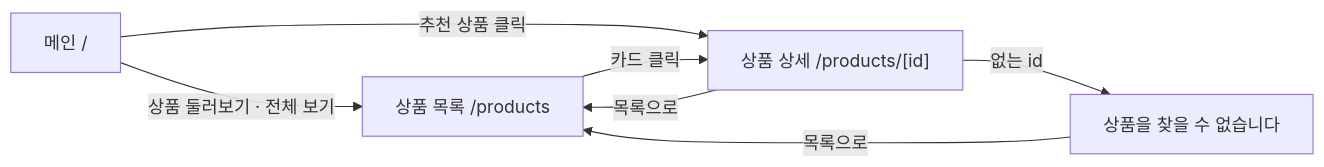
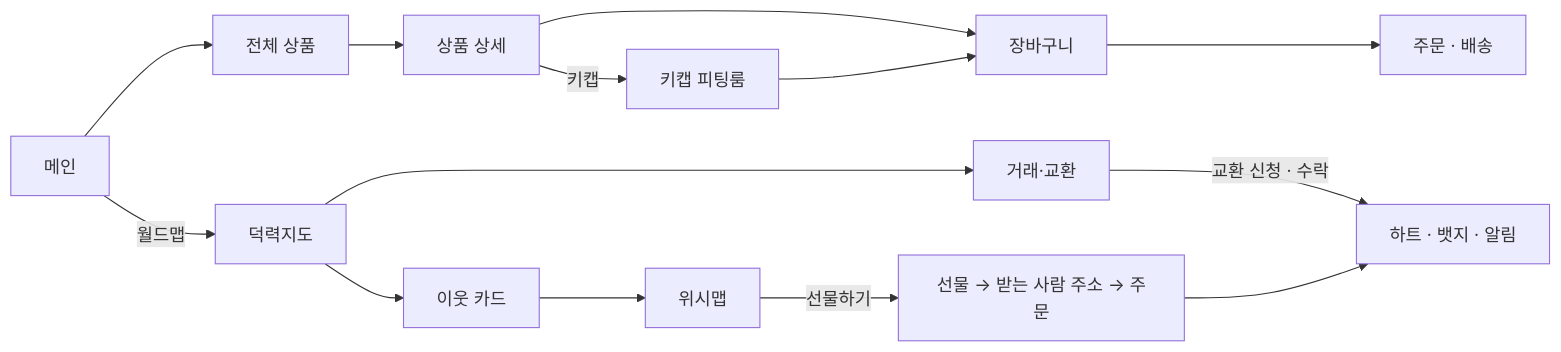
The diagram in README.md (KANT-2/pixel-mart), drawn with Mermaid before and after one commit. The commit also changed other lines of this file, not shown here.

````diff
--- a/README.md
+++ b/README.md
@@ -72,9 +99,8 @@
 ```mermaid
 flowchart LR
-  main["메인 /"] -- 상품 둘러보기 · 전체 보기 --> list["상품 목록 /products"]
-  main -- 추천 상품 클릭 --> detail["상품 상세 /products/[id]"]
-  list -- 카드 클릭 --> detail
-  detail -- 없는 id --> nf["상품을 찾을 수 없습니다"]
-  detail -- 목록으로 --> list
-  nf -- 목록으로 --> list
+  main["메인"] --> list["전체 상품"] --> detail["상품 상세"] --> cart["장바구니"] --> order["주문 · 배송"]
+  detail -->|키캡| fit["키캡 피팅룸"] --> cart
+  main -->|월드맵| map["덕력지도"] --> card["이웃 카드"]
+  map --> trades["거래·교환"] -->|교환 신청 · 수락| trust["하트 · 뱃지 · 알림"]
+  card --> wish["위시맵"] -->|선물하기| gift["선물 → 받는 사람 주소 → 주문"] --> trust
 ```
````
